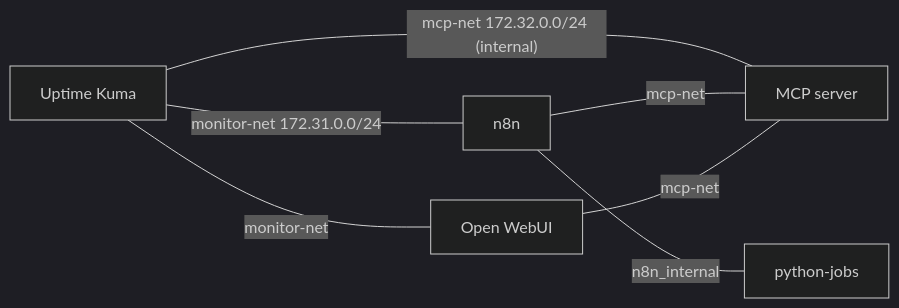
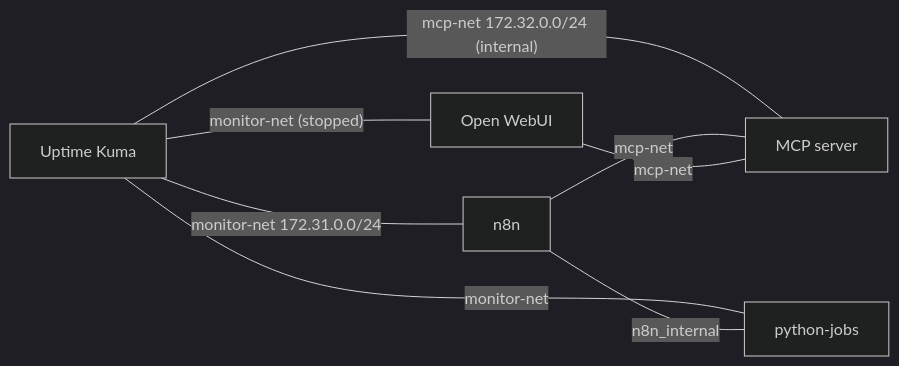
The second of 5 diagrams in docs/architecture.md (moruku36/home-ai-engineering-lab), drawn with Mermaid (dark theme) before and after one commit. The commit also changed other lines of this file and 32 other files, not shown here.

````diff
--- a/docs/architecture.md
+++ b/docs/architecture.md
@@ -61,15 +66,16 @@
 ```mermaid
 flowchart LR
   KUMA["Uptime Kuma"]
   N8N["n8n"]
   OWUI["Open WebUI"]
   PJ["python-jobs"]
   MCP["MCP server"]
 
   KUMA ---|"monitor-net 172.31.0.0/24"| N8N
-  KUMA ---|"monitor-net"| OWUI
+  KUMA ---|"monitor-net"| PJ
+  KUMA ---|"monitor-net (stopped)"| OWUI
   KUMA ---|"mcp-net 172.32.0.0/24 (internal)"| MCP
   N8N ---|"mcp-net"| MCP
   OWUI ---|"mcp-net"| MCP
   N8N ---|"n8n_internal"| PJ
 ```
````
